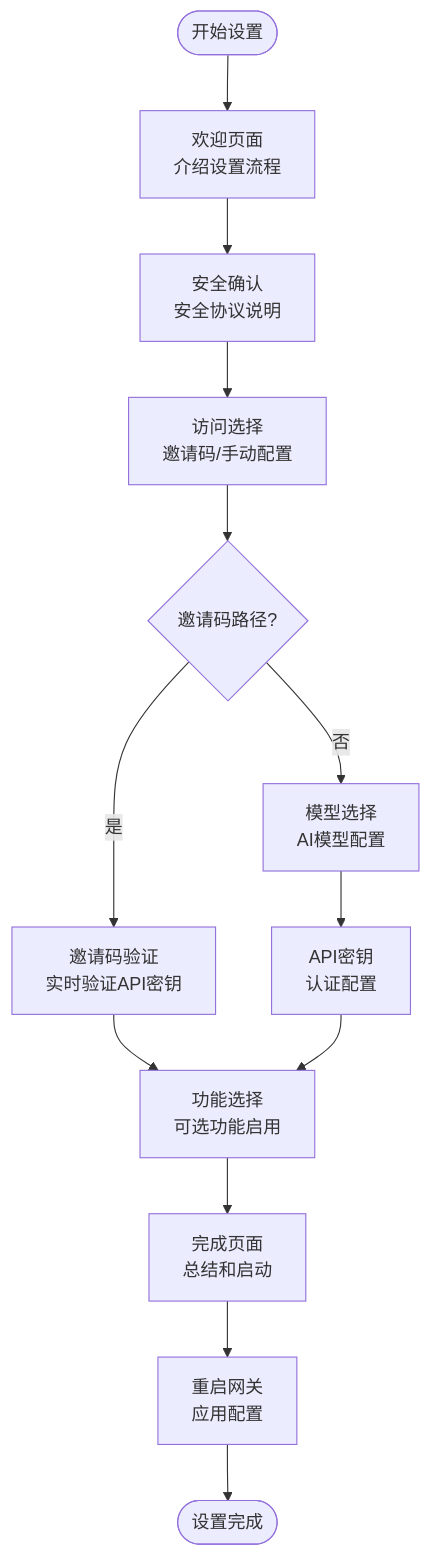
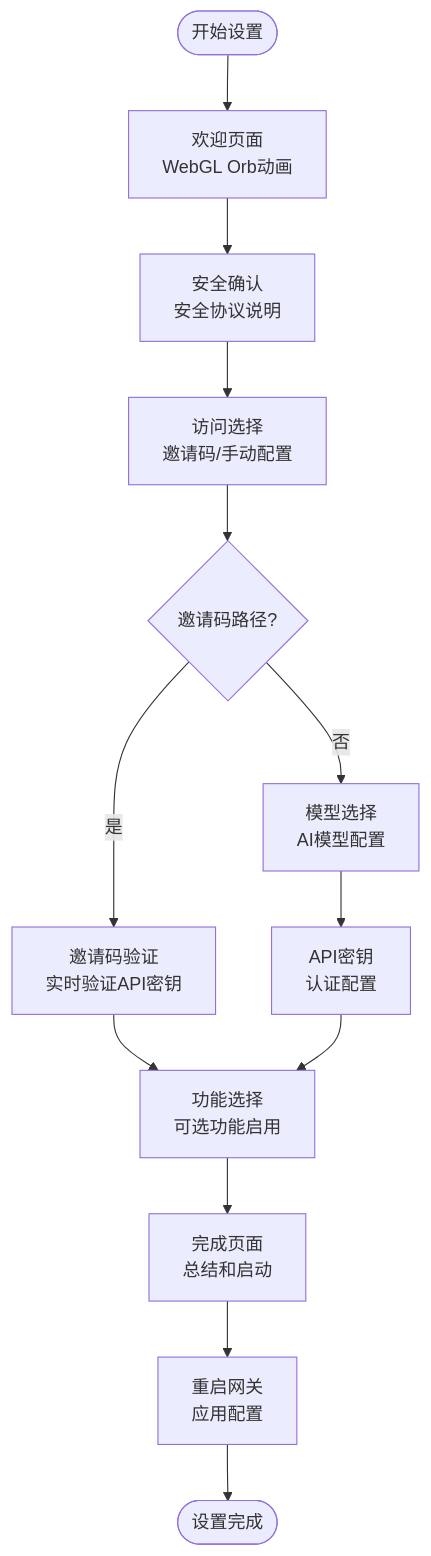
Before and after one commit to verse-ai-org/openclaw: the fourth of 14 diagrams in .qoder/repowiki/zh/content/开发者指南/设置向导系统.md, drawn with Mermaid. The commit also changed other lines of this file and 9 other files, not shown here.

````diff
--- a/.qoder/repowiki/zh/content/开发者指南/设置向导系统.md
+++ b/.qoder/repowiki/zh/content/开发者指南/设置向导系统.md
@@ -253,15 +303,15 @@
 ```mermaid
 flowchart TD
-Start([开始设置]) --> Welcome[欢迎页面<br/>介绍设置流程]
+Start([开始设置]) --> Welcome[欢迎页面<br/>WebGL Orb动画]
 Welcome --> Security[安全确认<br/>安全协议说明]
 Security --> Access[访问选择<br/>邀请码/手动配置]
 Access --> InvitePath{邀请码路径?}
 InvitePath --> |是| InviteCode[邀请码验证<br/>实时验证API密钥]
 InvitePath --> |否| Model[模型选择<br/>AI模型配置]
 InviteCode --> Features[功能选择<br/>可选功能启用]
 Model --> ApiKey[API密钥<br/>认证配置]
 ApiKey --> Features
 Features --> Completion[完成页面<br/>总结和启动]
 Completion --> Restart[重启网关<br/>应用配置]
 Restart --> End([设置完成])
 ```
````
